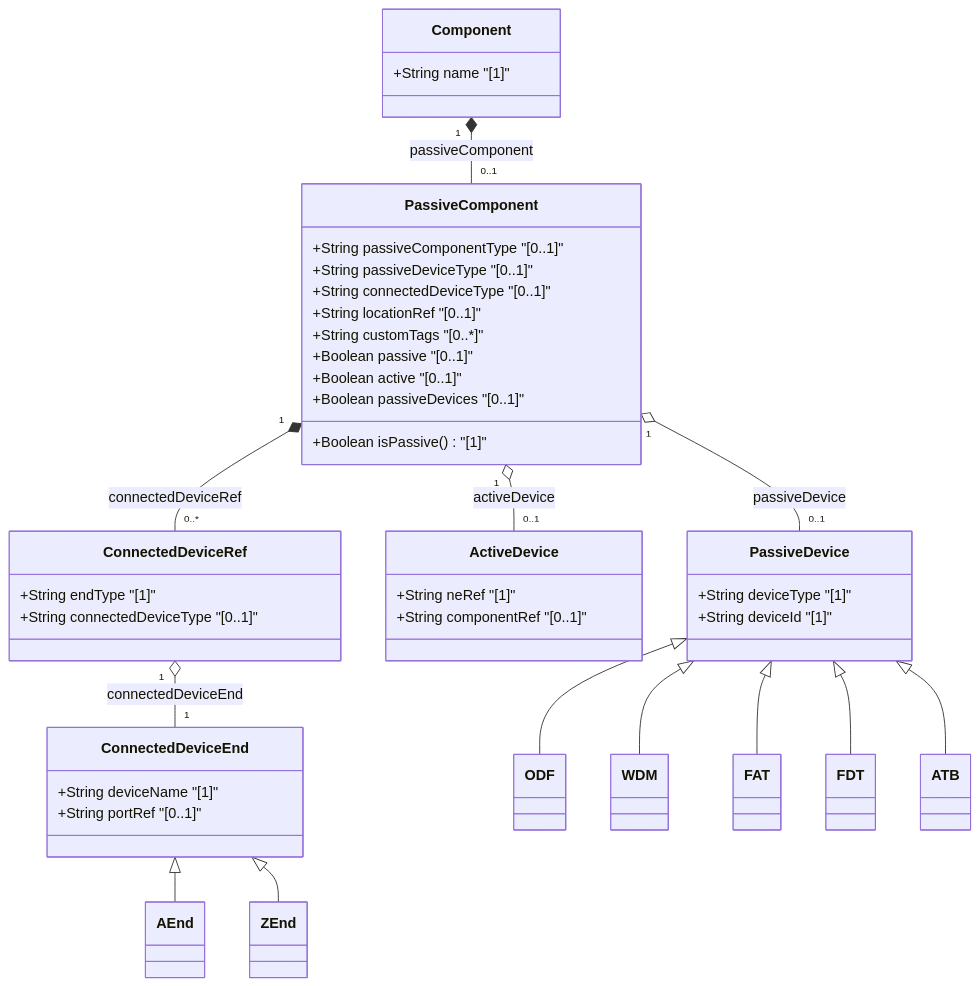
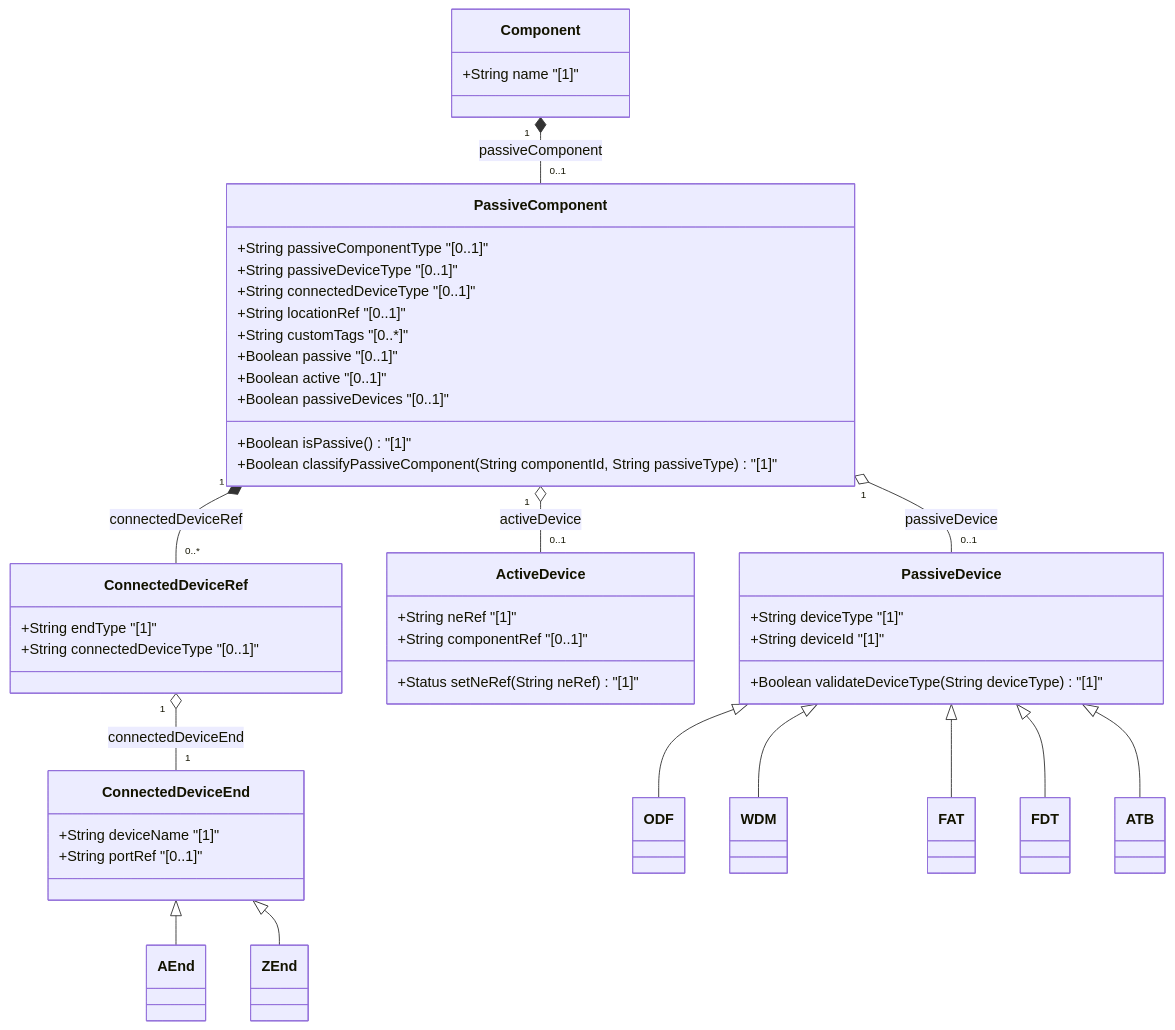
One commit to gintatkinson/3dgs-037 changed the diagram in docs/features/feat-21-passive-component-extension.md. Above: the diagram before and after it, drawn with Mermaid. The commit also changed 10 other files, not shown here.

````diff
--- a/docs/features/feat-21-passive-component-extension.md
+++ b/docs/features/feat-21-passive-component-extension.md
@@ -37,60 +37,63 @@
 ```mermaid
 classDiagram
     class Component {
         +String name "[1]"
     }
     class PassiveComponent {
         +String passiveComponentType "[0..1]"
         +String passiveDeviceType "[0..1]"
         +String connectedDeviceType "[0..1]"
         +String locationRef "[0..1]"
         +String customTags "[0..*]"
         +Boolean passive "[0..1]"
         +Boolean active "[0..1]"
         +Boolean passiveDevices "[0..1]"
         +Boolean isPassive() "[1]"
+        +Boolean classifyPassiveComponent(String componentId, String passiveType) "[1]"
     }
     class PassiveDevice {
         +String deviceType "[1]"
         +String deviceId "[1]"
+        +Boolean validateDeviceType(String deviceType) "[1]"
     }
     class ActiveDevice {
         +String neRef "[1]"
         +String componentRef "[0..1]"
+        +Status setNeRef(String neRef) "[1]"
     }
     class ConnectedDeviceRef {
         +String endType "[1]"
         +String connectedDeviceType "[0..1]"
     }
     class ConnectedDeviceEnd {
         +String deviceName "[1]"
         +String portRef "[0..1]"
     }
     class AEnd {
     }
     class ZEnd {
     }
     class ODF {
     }
     class WDM {
     }
     class FAT {
     }
     class FDT {
     }
     class ATB {
     }
 
     Component "1" *-- "0..1" PassiveComponent : passiveComponent
     PassiveComponent "1" o-- "0..1" PassiveDevice : passiveDevice
     PassiveComponent "1" o-- "0..1" ActiveDevice : activeDevice
     PassiveDevice <|-- ODF
     PassiveDevice <|-- WDM
     PassiveDevice <|-- FAT
     PassiveDevice <|-- FDT
     PassiveDevice <|-- ATB
     PassiveComponent "1" *-- "0..*" ConnectedDeviceRef : connectedDeviceRef
     ConnectedDeviceRef "1" o-- "1" ConnectedDeviceEnd : connectedDeviceEnd
     ConnectedDeviceEnd <|-- AEnd
     ConnectedDeviceEnd <|-- ZEnd
 ```
````
